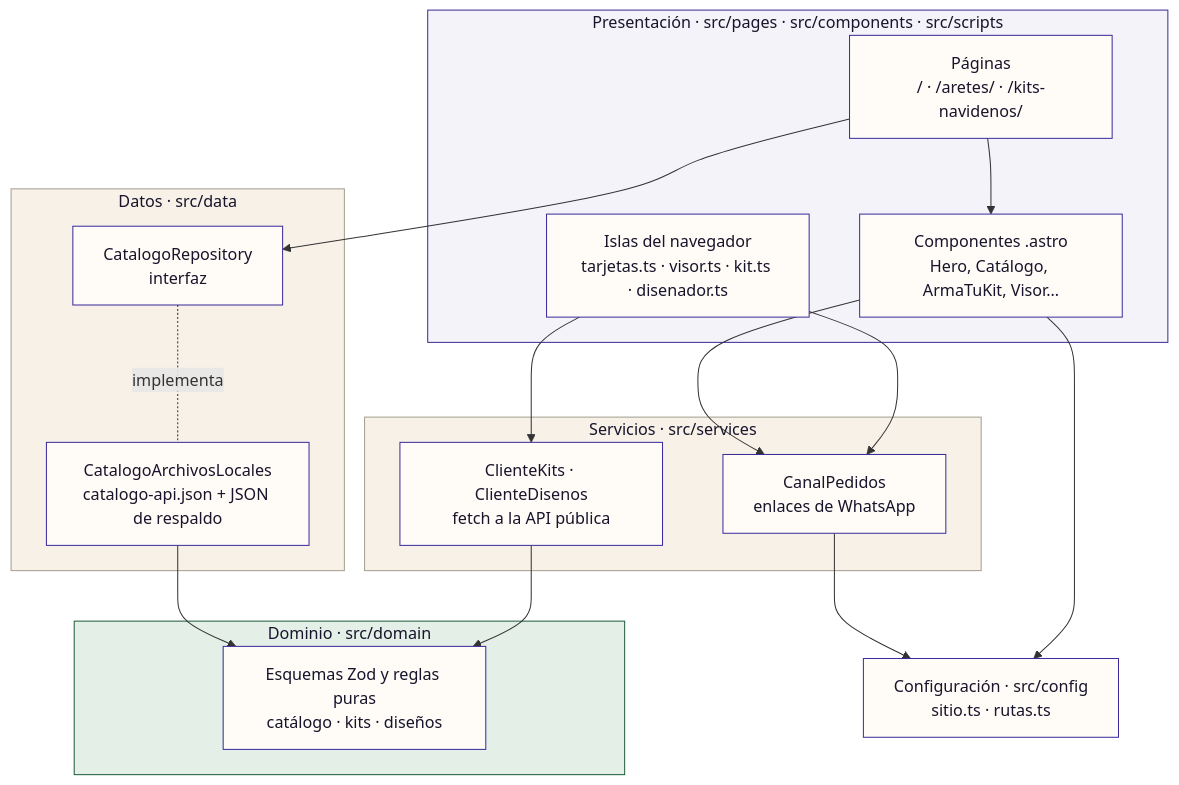
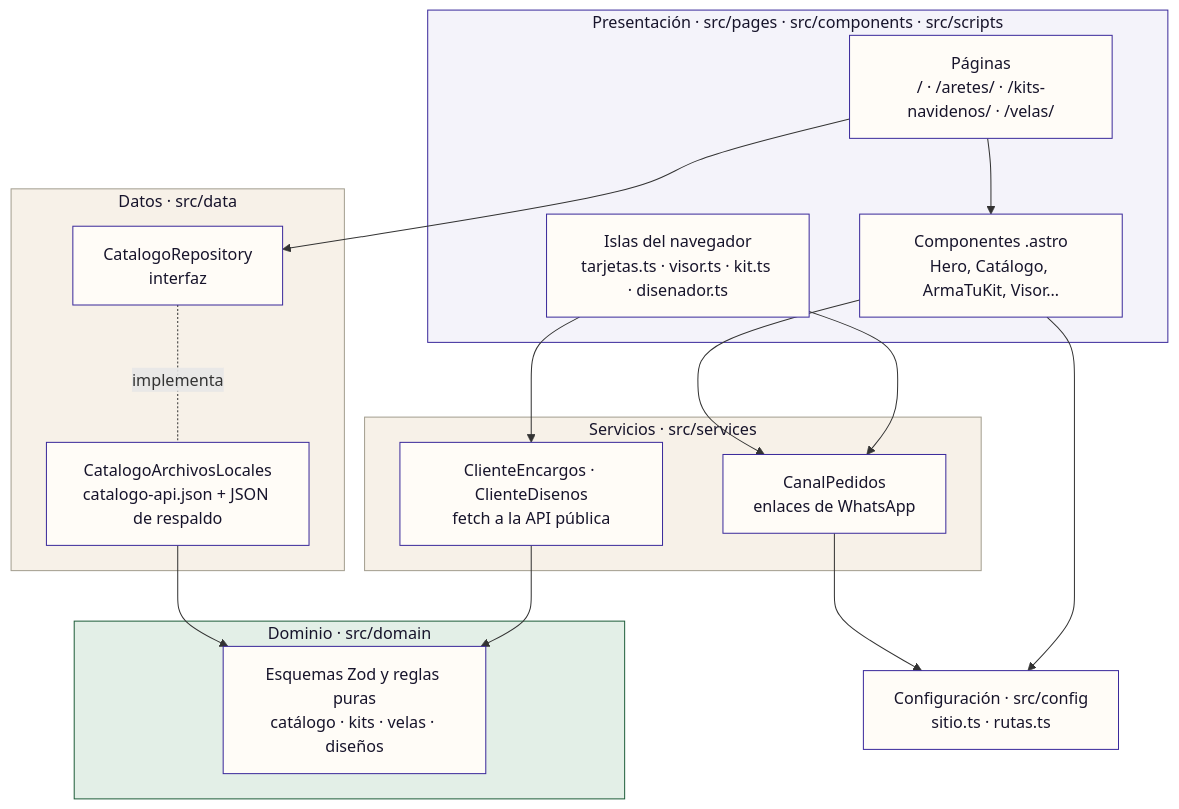
The third of 7 diagrams in README.md (AIMtonio/front-aalcuadrado), drawn with Mermaid before and after one commit. The commit also changed other lines of this file and 36 other files, not shown here.

````diff
--- a/README.md
+++ b/README.md
@@ -152,42 +152,42 @@
 ```mermaid
 flowchart TB
   subgraph presentacion["Presentación · src/pages · src/components · src/scripts"]
-    paginas["Páginas<br/>/ · /aretes/ · /kits-navidenos/"]
+    paginas["Páginas<br/>/ · /aretes/ · /kits-navidenos/ · /velas/"]
     componentes["Componentes .astro<br/>Hero, Catálogo, ArmaTuKit, Visor…"]
     scripts["Islas del navegador<br/>tarjetas.ts · visor.ts · kit.ts · disenador.ts"]
   end
 
   subgraph servicios["Servicios · src/services"]
     canal["CanalPedidos<br/>enlaces de WhatsApp"]
-    clientes["ClienteKits · ClienteDisenos<br/>fetch a la API pública"]
+    clientes["ClienteEncargos · ClienteDisenos<br/>fetch a la API pública"]
   end
 
   subgraph datos["Datos · src/data"]
     repo["CatalogoRepository<br/>interfaz"]
     local["CatalogoArchivosLocales<br/>catalogo-api.json + JSON de respaldo"]
   end
 
   subgraph dominio["Dominio · src/domain"]
-    zod["Esquemas Zod y reglas puras<br/>catálogo · kits · diseños"]
+    zod["Esquemas Zod y reglas puras<br/>catálogo · kits · velas · diseños"]
   end
 
   config["Configuración · src/config<br/>sitio.ts · rutas.ts"]
 
   paginas --> componentes
   paginas --> repo
   componentes --> canal
   scripts --> canal
   scripts --> clientes
   repo -. "implementa" .- local
   local --> zod
   clientes --> zod
   canal --> config
   componentes --> config
 
   classDef capa fill:#fffcf7,stroke:#3b2a9b,color:#17142b
   class paginas,componentes,scripts,canal,clientes,repo,local,zod,config capa
   style presentacion fill:#f4f3fa,stroke:#3b2a9b,color:#17142b
   style servicios fill:#f7f1e8,stroke:#a39e8f,color:#17142b
   style datos fill:#f7f1e8,stroke:#a39e8f,color:#17142b
   style dominio fill:#e3efe7,stroke:#1f5e3b,color:#17142b
 ```
````
